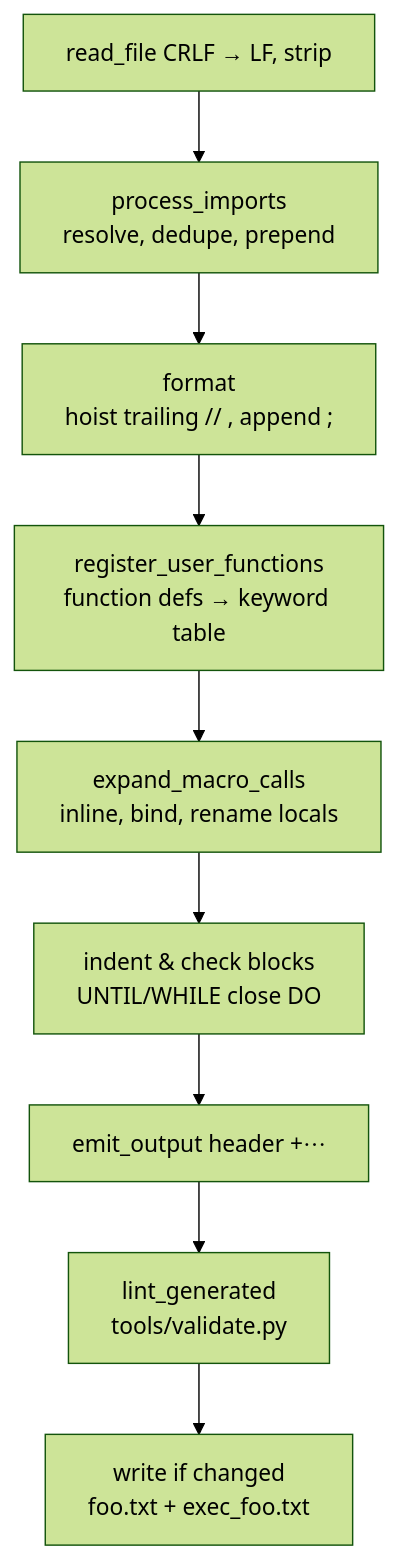
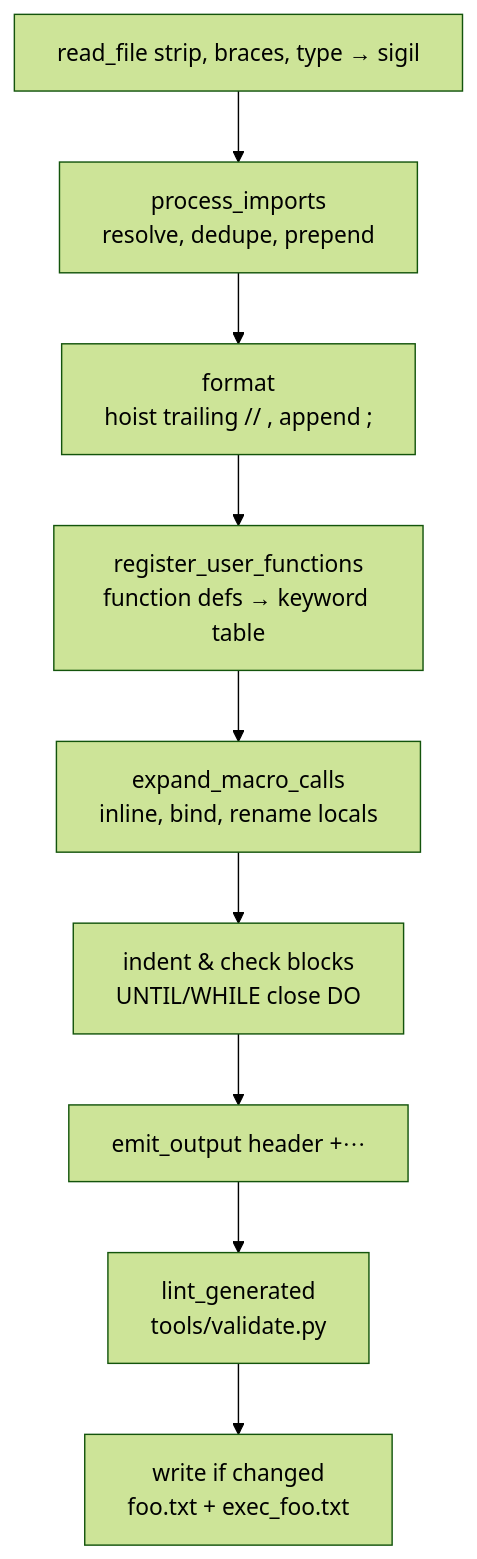
One commit to mdabessa/MKB-transpiler changed the diagram in docs/mkb-language/usage.md. Above: the diagram before and after it, drawn with Mermaid (forest theme). The commit also changed other lines of this file and 34 other files, not shown here.

````diff
--- a/docs/mkb-language/usage.md
+++ b/docs/mkb-language/usage.md
@@ -82,11 +82,11 @@
 ```mermaid
 flowchart TD
-    A["read_file<br/>CRLF → LF, strip $${ }$$"] --> B["process_imports<br/>resolve, dedupe, prepend"]
+    A["read_file<br/>strip $${ }$$, braces, type → sigil"] --> B["process_imports<br/>resolve, dedupe, prepend"]
     B --> C["format<br/>hoist trailing // , append ;"]
     C --> D["register_user_functions<br/>function defs → keyword table"]
     D --> E["expand_macro_calls<br/>inline, bind, rename locals"]
     E --> F["indent &amp; check blocks<br/>UNTIL/WHILE close DO"]
     F --> G["emit_output<br/>header + $${ … }$$"]
     G --> H["lint_generated<br/>tools/validate.py"]
     H --> I["write if changed<br/>foo.txt + exec_foo.txt"]
 ```
````
